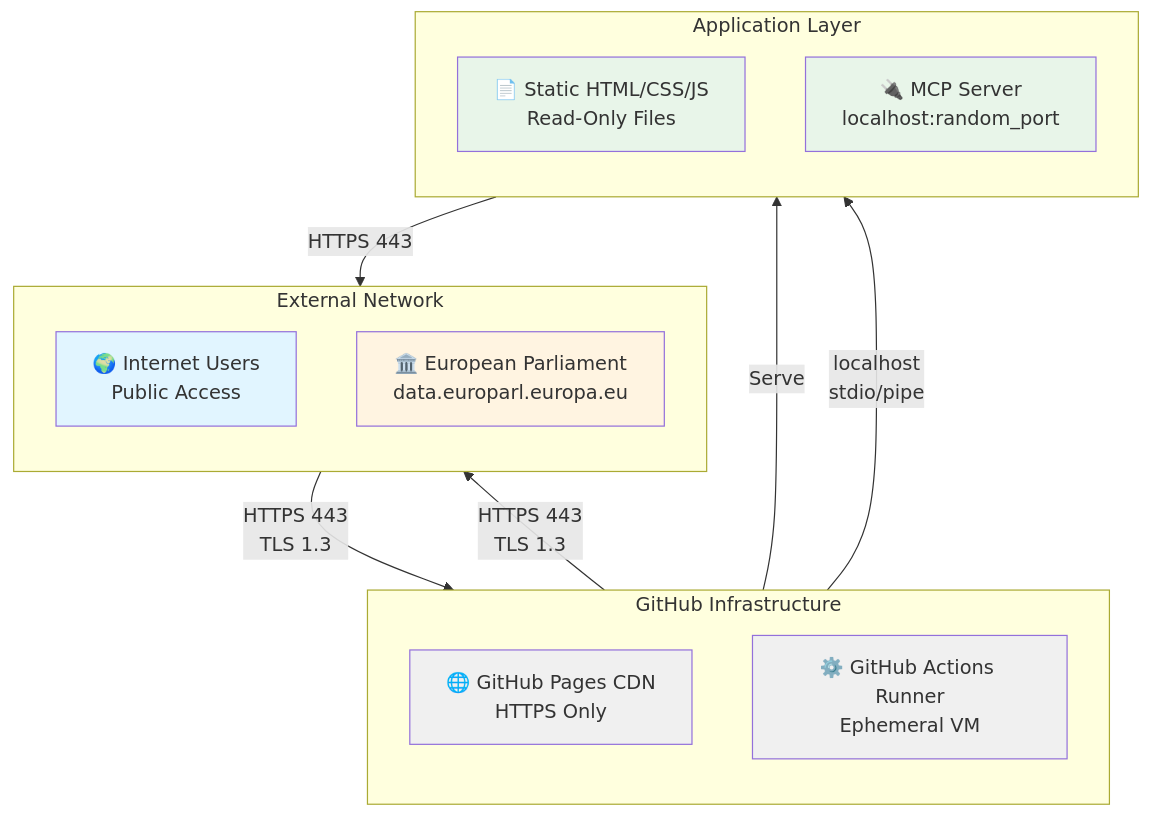
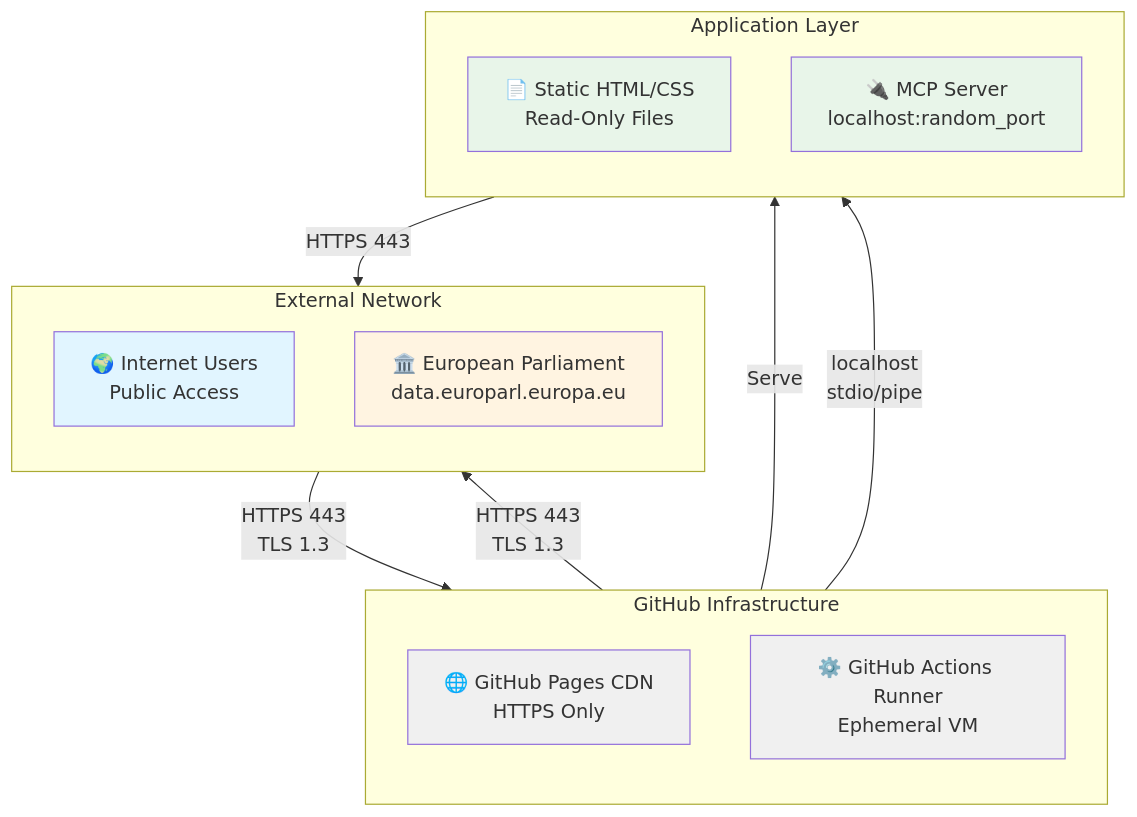
One commit to Hack23/euparliamentmonitor changed the seventh of 18 diagrams in SECURITY_ARCHITECTURE.md. Above: the diagram before and after it, drawn with Mermaid. The commit also changed other lines of this file, not shown here.

First line of the commit message:
fix: correct SECURITY_ARCHITECTURE.md to match actual system implementation

````diff
--- a/SECURITY_ARCHITECTURE.md
+++ b/SECURITY_ARCHITECTURE.md
@@ -667,34 +669,34 @@
 ```mermaid
 graph TB
     subgraph "External Network"
         direction TB
         USERS[🌍 Internet Users<br/>Public Access]
         EP_NET[🏛️ European Parliament<br/>data.europarl.europa.eu]
     end
 
     subgraph "GitHub Infrastructure"
         direction TB
         GH_CDN[🌐 GitHub Pages CDN<br/>HTTPS Only]
         GH_RUNNER[⚙️ GitHub Actions Runner<br/>Ephemeral VM]
     end
 
     subgraph "Application Layer"
         direction TB
-        STATIC[📄 Static HTML/CSS/JS<br/>Read-Only Files]
+        STATIC[📄 Static HTML/CSS<br/>Read-Only Files]
         MCP[🔌 MCP Server<br/>localhost:random_port]
     end
 
     USERS -->|HTTPS 443<br/>TLS 1.3| GH_CDN
     GH_CDN -->|Serve| STATIC
 
     GH_RUNNER -->|HTTPS 443<br/>TLS 1.3| EP_NET
     GH_RUNNER -->|localhost<br/>stdio/pipe| MCP
     MCP -->|HTTPS 443| EP_NET
 
     style USERS fill:#e1f5ff
     style EP_NET fill:#fff4e1
     style GH_CDN fill:#f0f0f0
     style GH_RUNNER fill:#f0f0f0
     style STATIC fill:#e8f5e9
     style MCP fill:#e8f5e9
 ```
````
